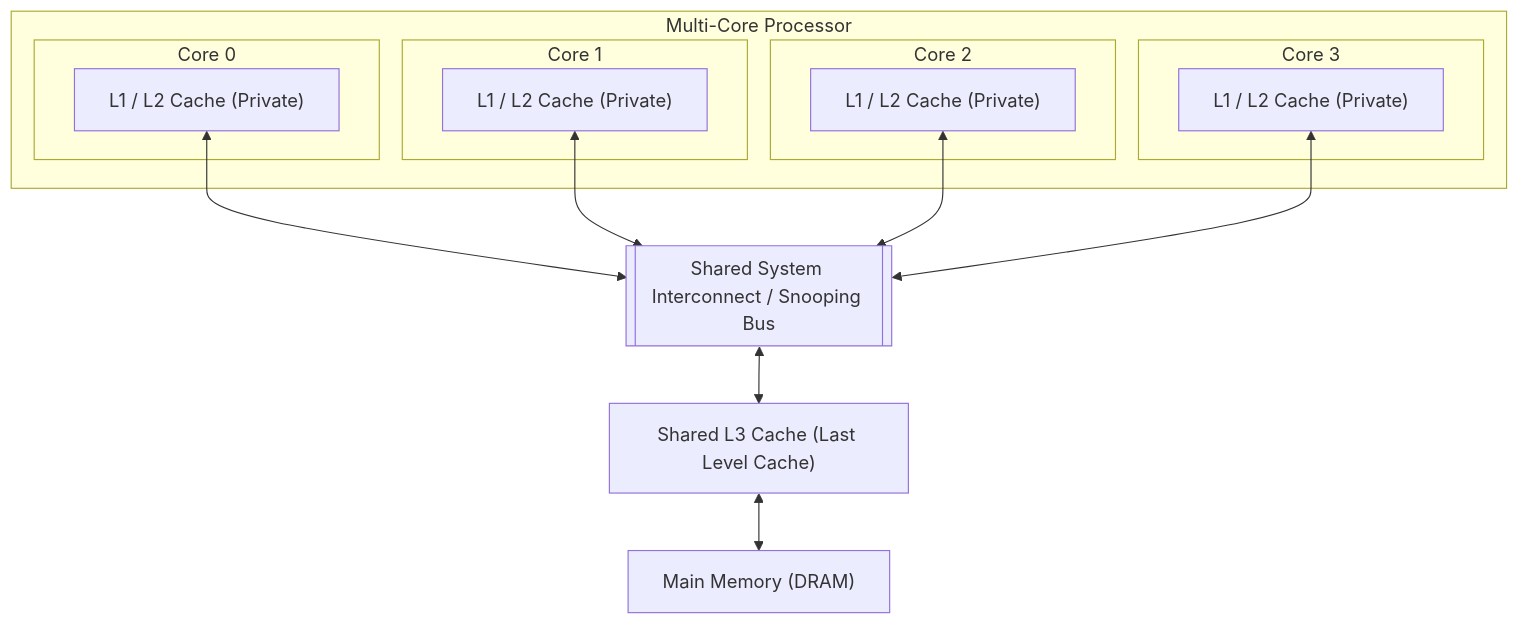
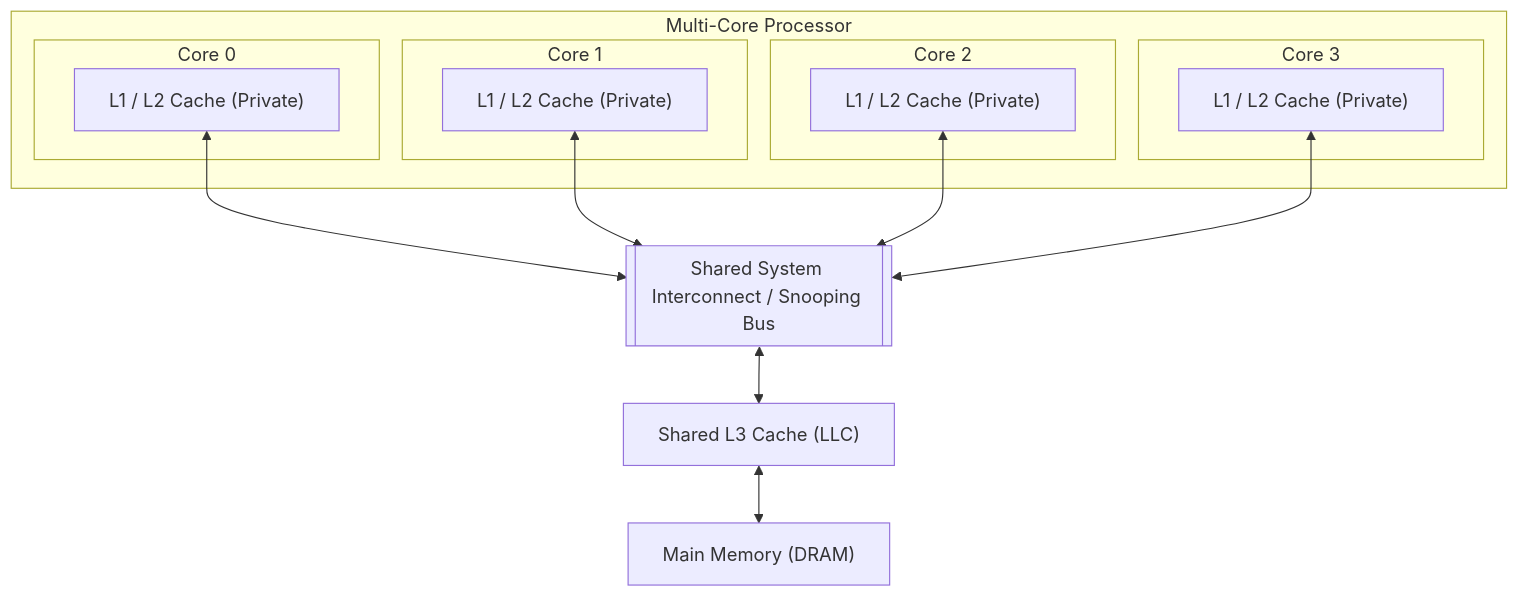
One commit to Janaki1711/PGC_Lab changed the second of 2 diagrams in Experiment_4/README.md. Above: the diagram before and after it, drawn with Mermaid. The commit also changed other lines of this file and 16 other files, not shown here.

Commit message:
Update Experiment 4 with authentic lab execution images, empirical measurements, and updated benchmark charts

````diff
--- a/Experiment_4/README.md
+++ b/Experiment_4/README.md
@@ -89,27 +87,27 @@
 ```mermaid
 flowchart TD
     subgraph MultiCore ["Multi-Core Processor"]
         subgraph C0 ["Core 0"]
             L1_0["L1 / L2 Cache (Private)"]
         end
         subgraph C1 ["Core 1"]
             L1_1["L1 / L2 Cache (Private)"]
         end
         subgraph C2 ["Core 2"]
             L1_2["L1 / L2 Cache (Private)"]
         end
         subgraph C3 ["Core 3"]
             L1_3["L1 / L2 Cache (Private)"]
         end
     end
 
     Interconnect[["Shared System Interconnect / Snooping Bus"]]
-    L3["Shared L3 Cache (Last Level Cache)"]
+    L3["Shared L3 Cache (LLC)"]
     RAM["Main Memory (DRAM)"]
 
     L1_0 <--> Interconnect
     L1_1 <--> Interconnect
     L1_2 <--> Interconnect
     L1_3 <--> Interconnect
     Interconnect <--> L3 <--> RAM
 ```
````
